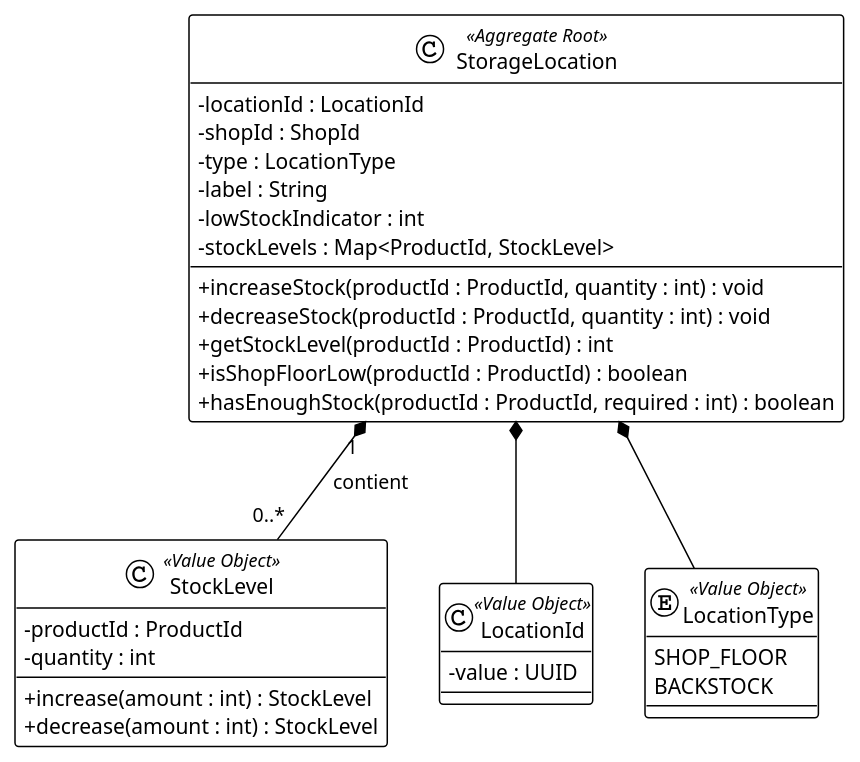
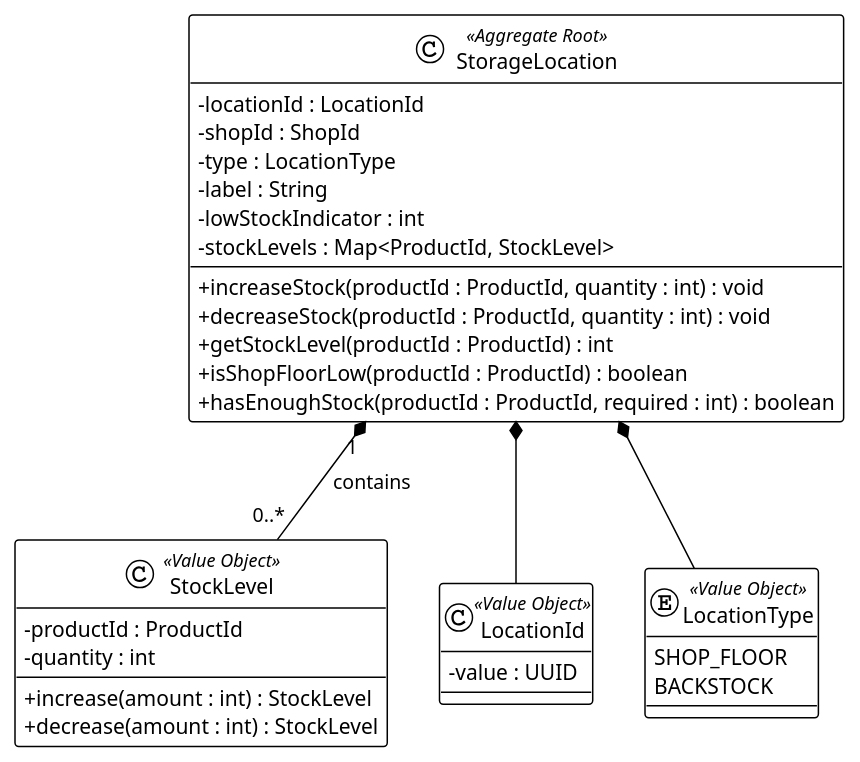
The diagram in antora-docs/modules/domain/pages/aggregate-storage-location.adoc (aliCheikCheikh/auto-stock-management), drawn with PlantUML before and after one commit. The commit also changed other lines of this file and 542 other files, not shown here.

```diff
--- a/antora-docs/modules/domain/pages/aggregate-storage-location.adoc
+++ b/antora-docs/modules/domain/pages/aggregate-storage-location.adoc
@@ -14,45 +16,45 @@
 [plantuml]
 ----
 @startuml
 !theme plain
 skinparam backgroundColor transparent
 skinparam classAttributeIconSize 0
 
 class StorageLocation <<Aggregate Root>> {
   - locationId : LocationId
   - shopId : ShopId
   - type : LocationType
   - label : String
   - lowStockIndicator : int
   - stockLevels : Map<ProductId, StockLevel>
   --
   + increaseStock(productId : ProductId, quantity : int) : void
   + decreaseStock(productId : ProductId, quantity : int) : void
   + getStockLevel(productId : ProductId) : int
   + isShopFloorLow(productId : ProductId) : boolean
   + hasEnoughStock(productId : ProductId, required : int) : boolean
 }
 
 class StockLevel <<Value Object>> {
   - productId : ProductId
   - quantity : int
   --
   + increase(amount : int) : StockLevel
   + decrease(amount : int) : StockLevel
 }
 
 class LocationId <<Value Object>> {
   - value : UUID
 }
 
 enum LocationType <<Value Object>> {
   SHOP_FLOOR
   BACKSTOCK
 }
 
 StorageLocation *-- LocationId
 StorageLocation *-- LocationType
-StorageLocation "1" *-- "0..*" StockLevel : contient
+StorageLocation "1" *-- "0..*" StockLevel : contains
 
 @enduml
 ----
```
